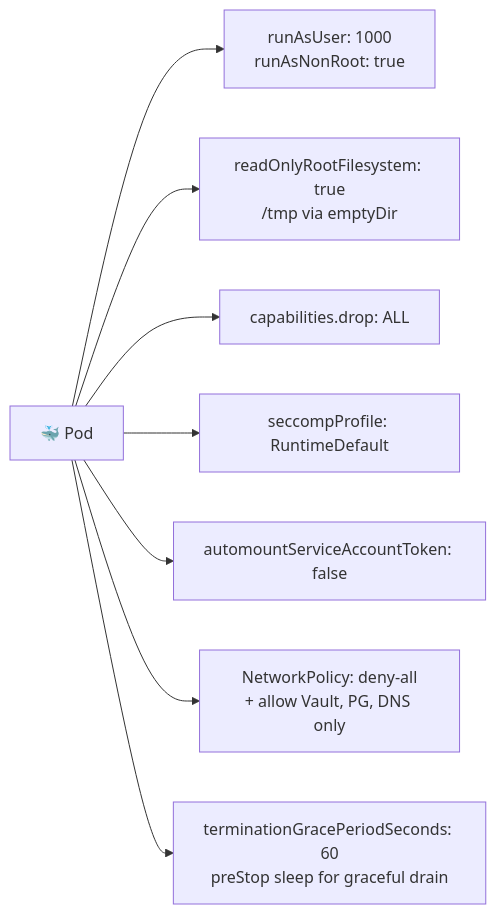
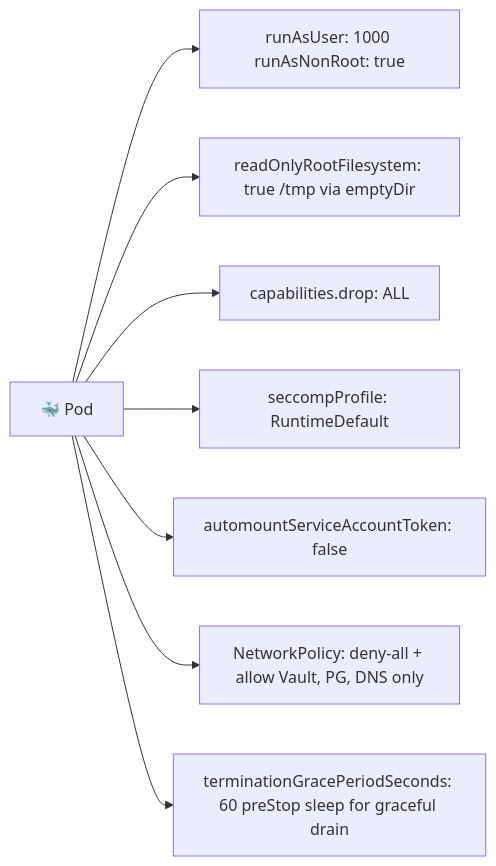
One commit to Samlogy/ebank-app changed diagram 30 of 34 in ebank-monolith/doc/KNOWLEDGE_BASE.md. Above: the diagram before and after it, drawn with Mermaid. The commit also changed other lines of this file and 3 other files, not shown here.

````diff
--- a/ebank-monolith/doc/KNOWLEDGE_BASE.md
+++ b/ebank-monolith/doc/KNOWLEDGE_BASE.md
@@ -926,11 +926,11 @@
 ```mermaid
 graph LR
     POD["🐳 Pod"]
-    POD --> R1["runAsUser: 1000\nrunAsNonRoot: true"]
-    POD --> R2["readOnlyRootFilesystem: true\n/tmp via emptyDir"]
+    POD --> R1["runAsUser: 1000 runAsNonRoot: true"]
+    POD --> R2["readOnlyRootFilesystem: true /tmp via emptyDir"]
     POD --> R3["capabilities.drop: ALL"]
     POD --> R4["seccompProfile: RuntimeDefault"]
     POD --> R5["automountServiceAccountToken: false"]
-    POD --> R6["NetworkPolicy: deny-all\n+ allow Vault, PG, DNS only"]
-    POD --> R7["terminationGracePeriodSeconds: 60\npreStop sleep for graceful drain"]
+    POD --> R6["NetworkPolicy: deny-all + allow Vault, PG, DNS only"]
+    POD --> R7["terminationGracePeriodSeconds: 60 preStop sleep for graceful drain"]
 ```
````
